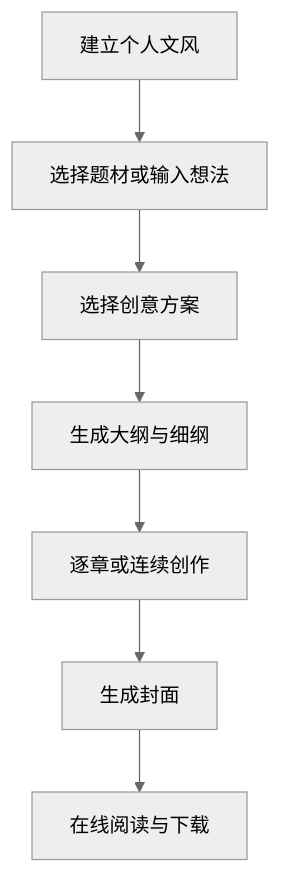
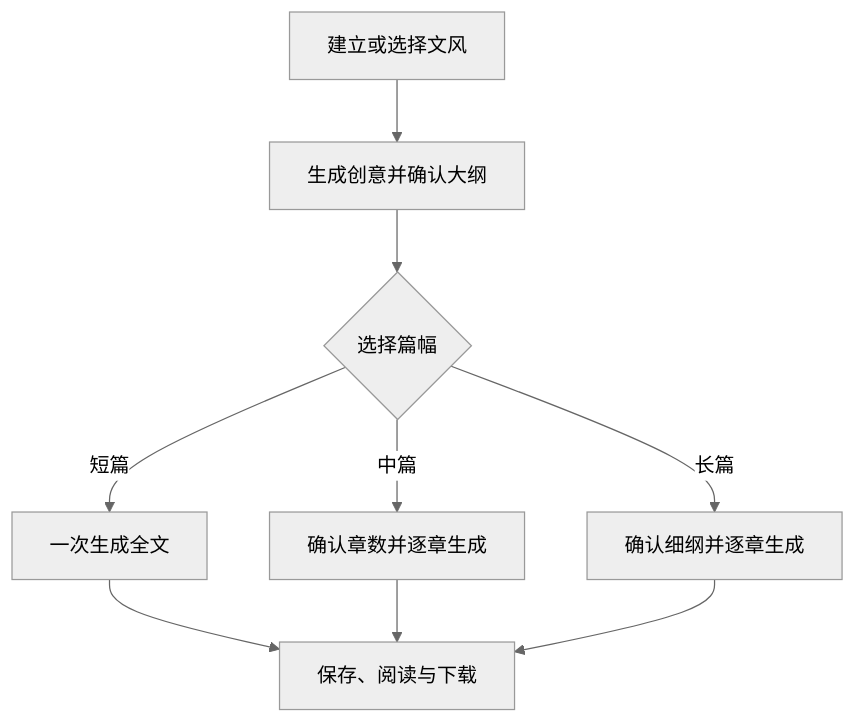
Before and after one commit to yf990848-droid/Eidolon: the diagram in docs/MVP_DESIGN.md, drawn with Mermaid (neutral theme). The commit also changed other lines of this file and 2 other files, not shown here.

````diff
--- a/docs/MVP_DESIGN.md
+++ b/docs/MVP_DESIGN.md
@@ -7,9 +11,11 @@
 ```mermaid
 flowchart TD
-    A["建立个人文风"] --> B["选择题材或输入想法"]
-    B --> C["选择创意方案"]
-    C --> D["生成大纲与细纲"]
-    D --> E["逐章或连续创作"]
-    E --> F["生成封面"]
-    F --> G["在线阅读与下载"]
+    A["建立或选择文风"] --> B["生成创意并确认大纲"]
+    B --> C{"选择篇幅"}
+    C -->|短篇| D["一次生成全文"]
+    C -->|中篇| E["确认章数并逐章生成"]
+    C -->|长篇| F["确认细纲并逐章生成"]
+    D --> G["保存、阅读与下载"]
+    E --> G
+    F --> G
 ```
````
